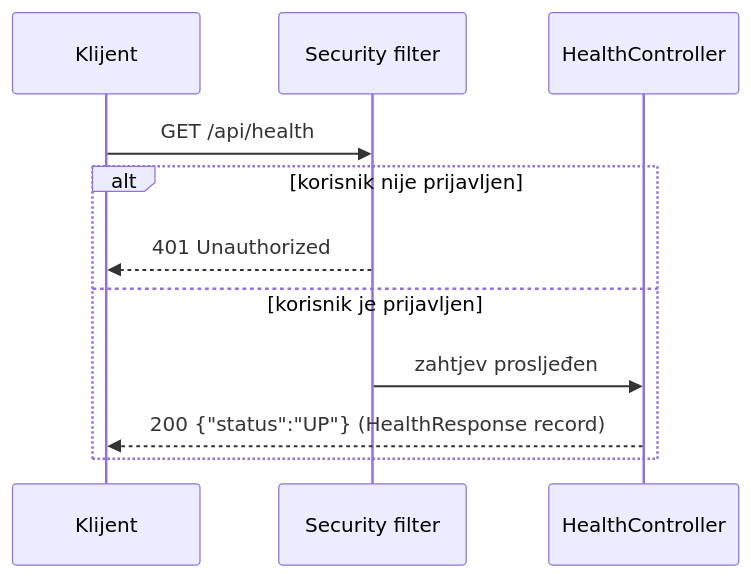
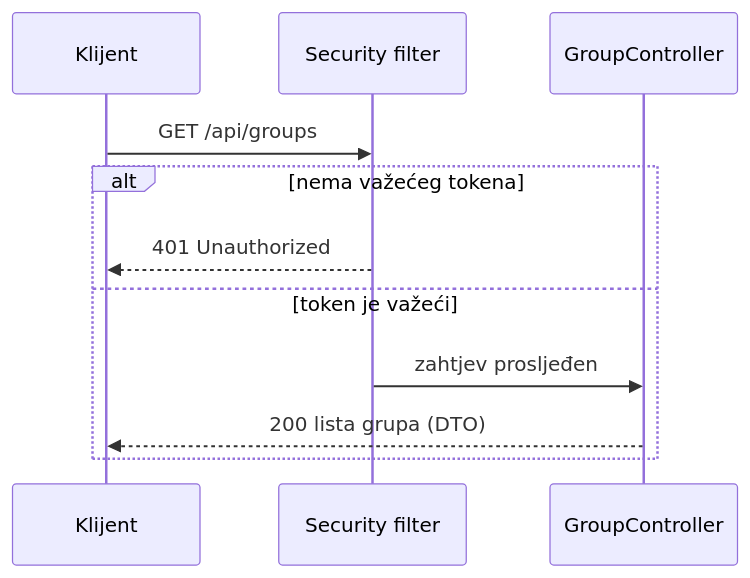
One commit to eminahbabovich/roomsplit changed the second of 5 diagrams in docs/ARHITEKTURA.md. Above: the diagram before and after it, drawn with Mermaid. The commit also changed other lines of this file and 2 other files, not shown here.

````diff
--- a/docs/ARHITEKTURA.md
+++ b/docs/ARHITEKTURA.md
@@ -30,13 +30,13 @@
 ```mermaid
 sequenceDiagram
     participant K as Klijent
     participant S as Security filter
-    participant C as HealthController
-    K->>S: GET /api/health
-    alt korisnik nije prijavljen
+    participant C as GroupController
+    K->>S: GET /api/groups
+    alt nema važećeg tokena
         S-->>K: 401 Unauthorized
-    else korisnik je prijavljen
+    else token je važeći
         S->>C: zahtjev prosljeđen
-        C-->>K: 200 {"status":"UP"} (HealthResponse record)
+        C-->>K: 200 lista grupa (DTO)
     end
 ```
````
